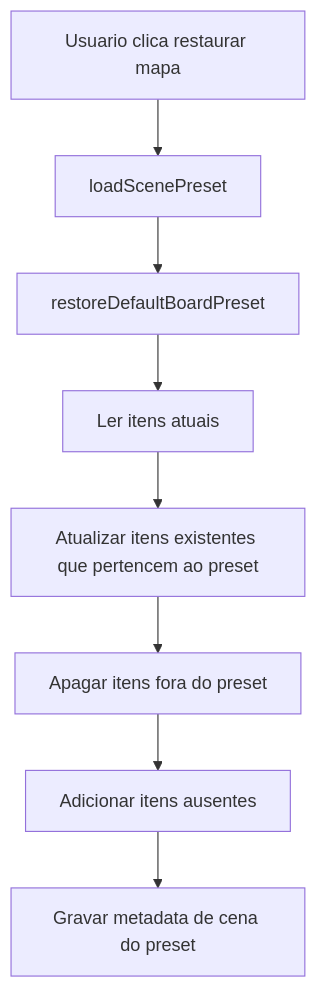
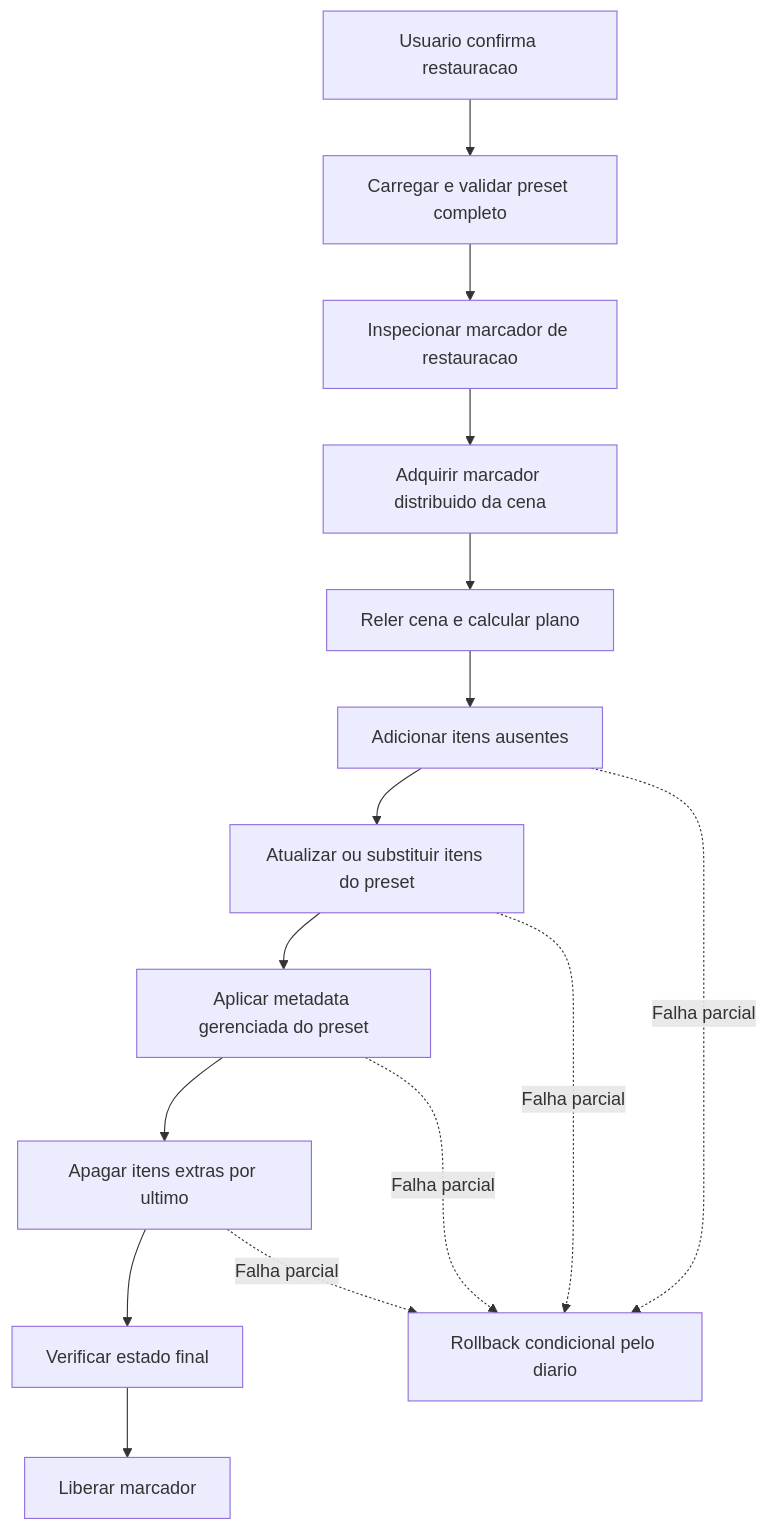
Before and after one commit to DemonRider0/Double-Sided-Cards: the sixth of 8 diagrams in docs/ARCHITECTURE.md, drawn with Mermaid. The commit also changed other lines of this file and 9 other files, not shown here.

````diff
--- a/docs/ARCHITECTURE.md
+++ b/docs/ARCHITECTURE.md
@@ -157,10 +157,17 @@
 ```mermaid
 flowchart TD
-  A["Usuario clica restaurar mapa"] --> B["loadScenePreset"]
-  B --> C["restoreDefaultBoardPreset"]
-  C --> D["Ler itens atuais"]
-  D --> E["Atualizar itens existentes que pertencem ao preset"]
-  E --> F["Apagar itens fora do preset"]
-  F --> G["Adicionar itens ausentes"]
-  G --> H["Gravar metadata de cena do preset"]
+  A["Usuario confirma restauracao"] --> B["Carregar e validar preset completo"]
+  B --> C["Inspecionar marcador de restauracao"]
+  C --> D["Adquirir marcador distribuido da cena"]
+  D --> E["Reler cena e calcular plano"]
+  E --> F["Adicionar itens ausentes"]
+  F --> G["Atualizar ou substituir itens do preset"]
+  G --> H["Aplicar metadata gerenciada do preset"]
+  H --> I["Apagar itens extras por ultimo"]
+  I --> J["Verificar estado final"]
+  J --> K["Liberar marcador"]
+  F -. "Falha parcial" .-> L["Rollback condicional pelo diario"]
+  G -. "Falha parcial" .-> L
+  H -. "Falha parcial" .-> L
+  I -. "Falha parcial" .-> L
 ```
````
